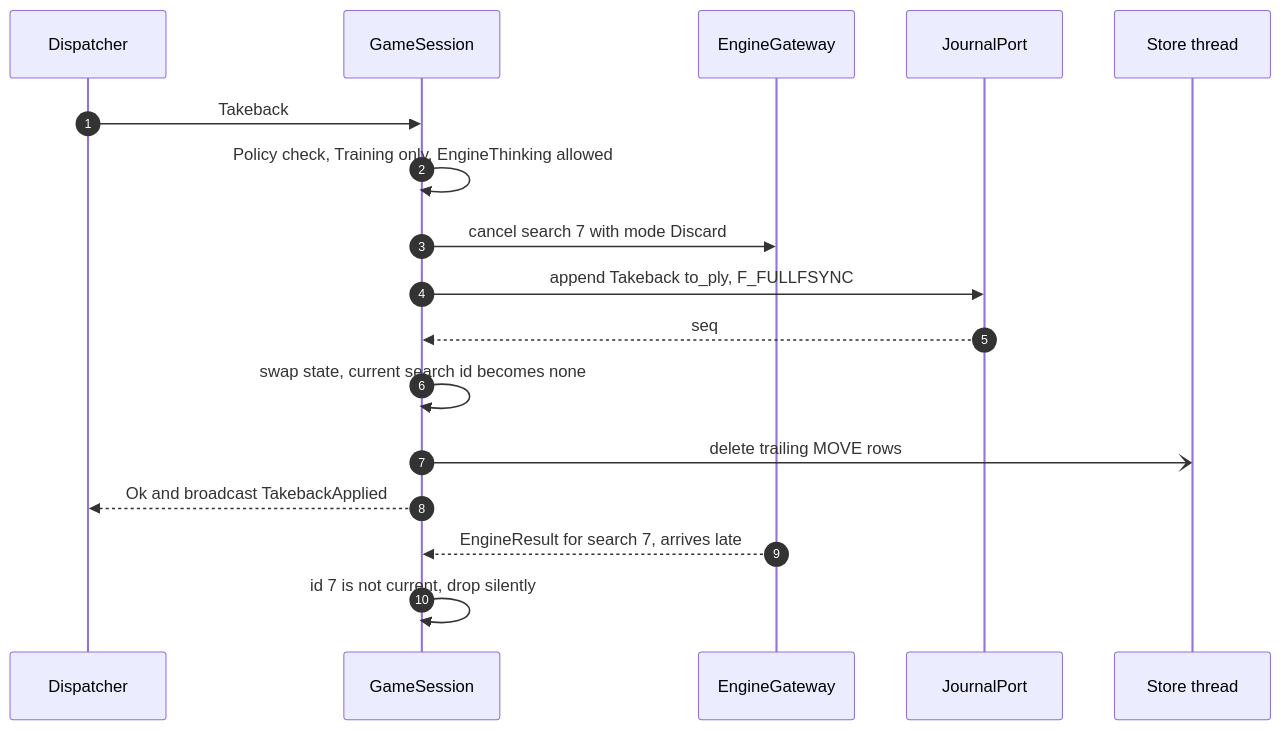
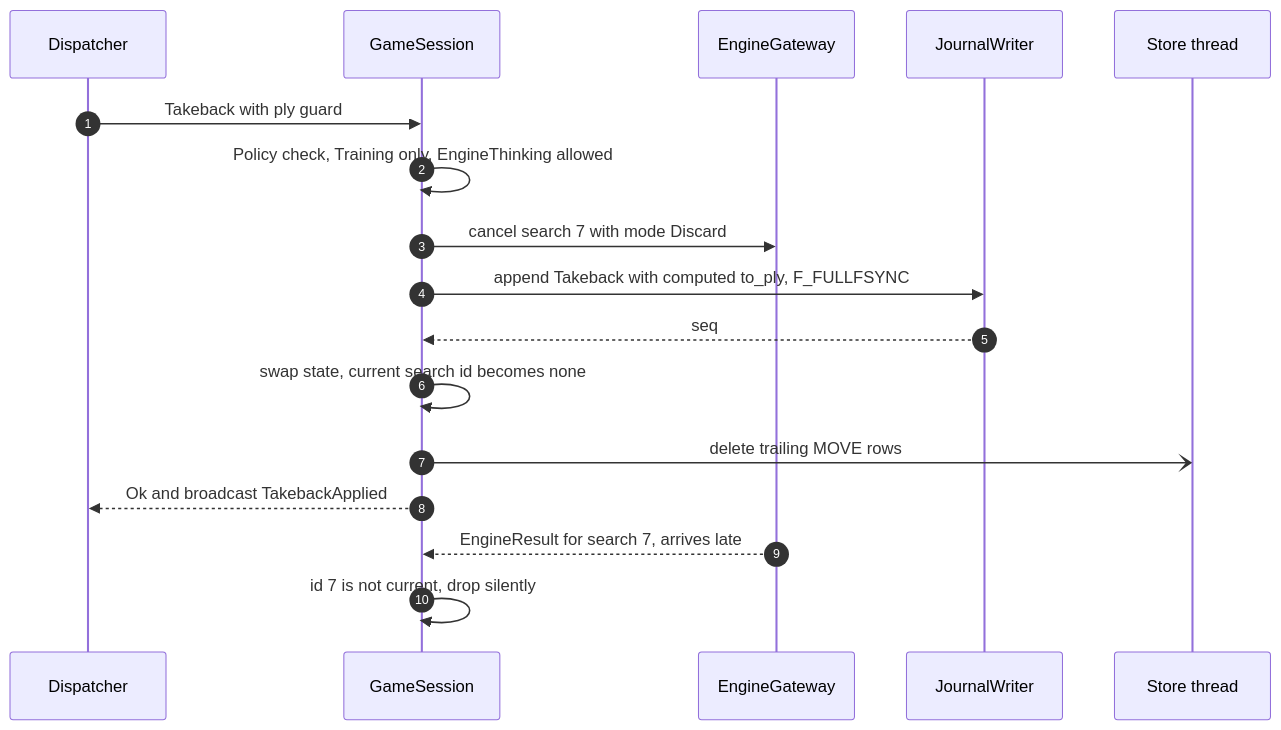
One commit to bprascher/chess changed the sixth of 15 diagrams in docs/design/SDD-chess-app.md. Above: the diagram before and after it, drawn with Mermaid. The commit also changed other lines of this file and 17 other files, not shown here.

First line of the commit message:
Apply architecture addendum B and C to the SDDs and add the v0.4 consistency pass

````diff
--- a/docs/design/SDD-chess-app.md
+++ b/docs/design/SDD-chess-app.md
@@ -491,19 +549,19 @@
 ```mermaid
 sequenceDiagram
     autonumber
     participant D as Dispatcher
     participant S as GameSession
     participant G as EngineGateway
-    participant J as JournalPort
+    participant J as JournalWriter
     participant ST as Store thread
-    D->>S: Takeback
+    D->>S: Takeback with ply guard
     S->>S: Policy check, Training only, EngineThinking allowed
     S->>G: cancel search 7 with mode Discard
-    S->>J: append Takeback to_ply, F_FULLFSYNC
+    S->>J: append Takeback with computed to_ply, F_FULLFSYNC
     J-->>S: seq
     S->>S: swap state, current search id becomes none
     S-)ST: delete trailing MOVE rows
     S-->>D: Ok and broadcast TakebackApplied
     G-->>S: EngineResult for search 7, arrives late
     S->>S: id 7 is not current, drop silently
 ```
````
